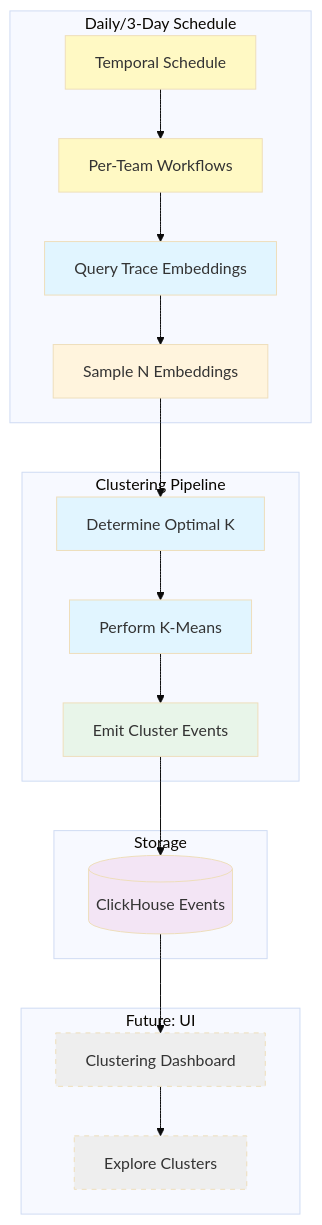
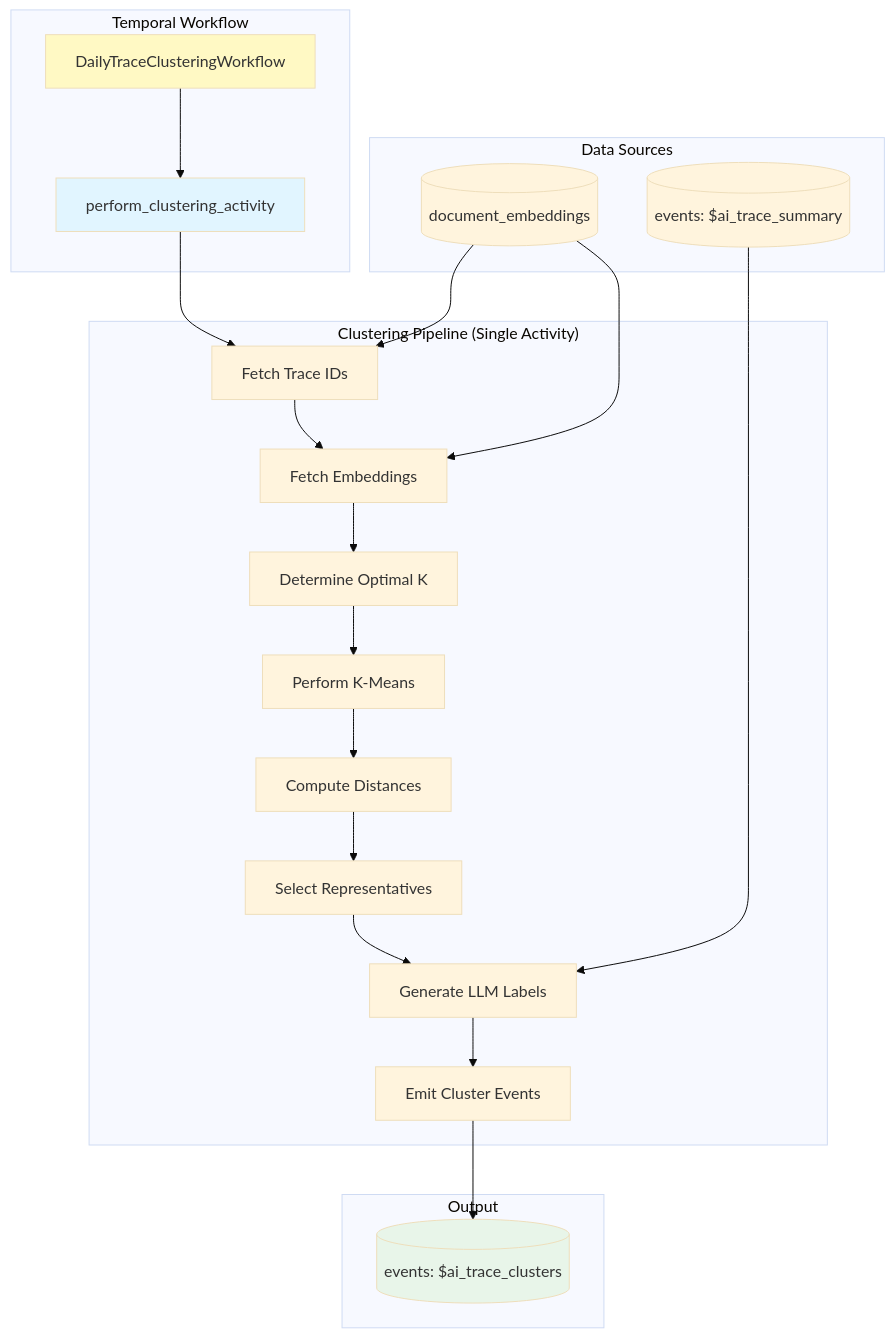
Before and after one commit to sadfun/posthog: the diagram in posthog/temporal/llm_analytics/trace_clustering/README.md, drawn with Mermaid (base theme). The commit also changed other lines of this file and 13 other files, not shown here.

First line of the commit message:
refactor(llma): Simplify clustering pipeline with single-pass distance computation

````diff
--- a/posthog/temporal/llm_analytics/trace_clustering/README.md
+++ b/posthog/temporal/llm_analytics/trace_clustering/README.md
@@ -44,33 +40,31 @@
 ```mermaid
 graph TB
-    subgraph "Daily/3-Day Schedule"
-        SCHED[Temporal Schedule] --> COORD[Per-Team Workflows]
-        COORD --> QUERY[Query Trace Embeddings]
-        QUERY --> SAMPLE[Sample N Embeddings]
+    subgraph "Temporal Workflow"
+        WF[DailyTraceClusteringWorkflow] --> ACT[perform_clustering_activity]
     end
 
-    subgraph "Clustering Pipeline"
-        SAMPLE --> OPTIMAL[Determine Optimal K]
+    subgraph "Clustering Pipeline (Single Activity)"
+        ACT --> FETCH_IDS[Fetch Trace IDs]
+        FETCH_IDS --> FETCH_EMB[Fetch Embeddings]
+        FETCH_EMB --> OPTIMAL[Determine Optimal K]
         OPTIMAL --> CLUSTER[Perform K-Means]
-        CLUSTER --> EMIT[Emit Cluster Events]
+        CLUSTER --> DIST[Compute Distances]
+        DIST --> REPS[Select Representatives]
+        REPS --> LABEL[Generate LLM Labels]
+        LABEL --> EMIT[Emit Cluster Events]
     end
 
-    subgraph "Storage"
-        EMIT --> CH[(ClickHouse Events)]
+    subgraph "Data Sources"
+        CH_EMB[(document_embeddings)] --> FETCH_IDS
+        CH_EMB --> FETCH_EMB
+        CH_SUM[(events: $ai_trace_summary)] --> LABEL
     end
 
-    subgraph "Future: UI"
-        CH --> UI[Clustering Dashboard]
-        UI --> EXPLORE[Explore Clusters]
+    subgraph "Output"
+        EMIT --> CH_OUT[(events: $ai_trace_clusters)]
     end
 
-    style SCHED fill:#fff9c4
-    style COORD fill:#fff9c4
-    style QUERY fill:#e1f5ff
-    style OPTIMAL fill:#e1f5ff
-    style CLUSTER fill:#e1f5ff
-    style EMIT fill:#e8f5e9
-    style CH fill:#f3e5f5
-    style UI fill:#eeeeee,stroke-dasharray: 5 5
-    style EXPLORE fill:#eeeeee,stroke-dasharray: 5 5
+    style WF fill:#fff9c4
+    style ACT fill:#e1f5ff
+    style CH_OUT fill:#e8f5e9
 ```
````
